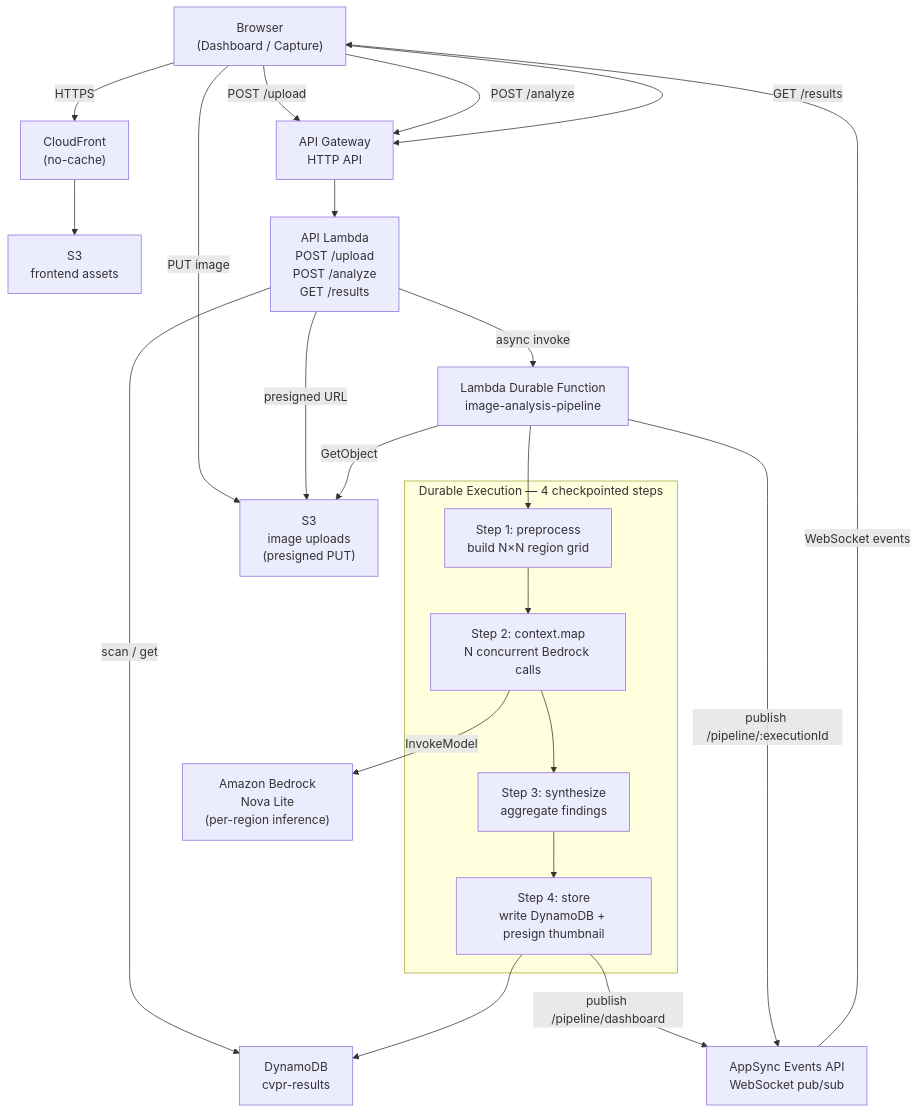
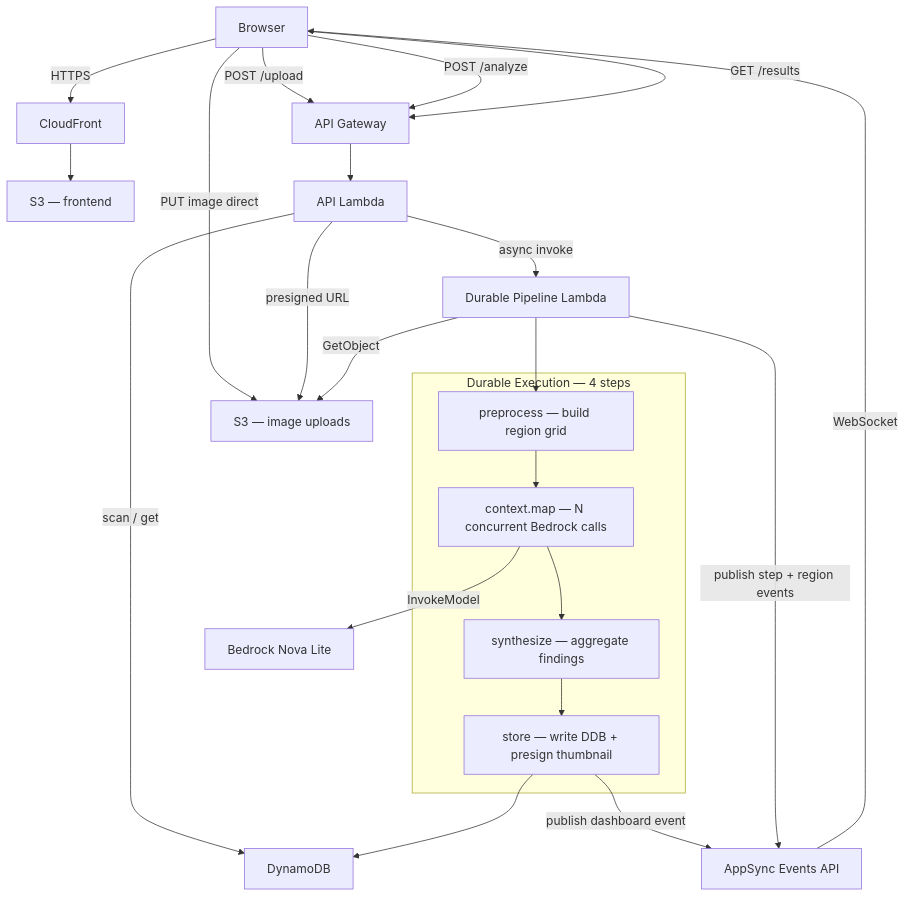
Before and after one commit to singledigit/image-analysis-orchestration: the diagram in README.md, drawn with Mermaid.

Commit message:
Fix Mermaid diagram for GitHub renderer

````diff
--- a/README.md
+++ b/README.md
@@ -15,43 +15,43 @@
 ```mermaid
 graph TD
-    Browser["Browser\n(Dashboard / Capture)"]
-    CF["CloudFront\n(no-cache)"]
-    S3F["S3\nfrontend assets"]
-    APIGW["API Gateway\nHTTP API"]
-    ApiLambda["API Lambda\nPOST /upload\nPOST /analyze\nGET /results"]
-    S3I["S3\nimage uploads\n(presigned PUT)"]
-    Pipeline["Lambda Durable Function\nimage-analysis-pipeline"]
-    Bedrock["Amazon Bedrock\nNova Lite\n(per-region inference)"]
-    DDB["DynamoDB\ncvpr-results"]
-    AppSync["AppSync Events API\nWebSocket pub/sub"]
+    Browser["Browser"]
+    CF["CloudFront"]
+    S3F["S3 — frontend"]
+    APIGW["API Gateway"]
+    ApiLambda["API Lambda"]
+    S3I["S3 — image uploads"]
+    Pipeline["Durable Pipeline Lambda"]
+    Bedrock["Bedrock Nova Lite"]
+    DDB["DynamoDB"]
+    AppSync["AppSync Events API"]
 
     Browser -->|HTTPS| CF
     CF --> S3F
 
     Browser -->|POST /upload| APIGW
-    Browser -->|PUT image| S3I
+    Browser -->|PUT image direct| S3I
     Browser -->|POST /analyze| APIGW
     Browser -->|GET /results| APIGW
     APIGW --> ApiLambda
     ApiLambda -->|presigned URL| S3I
     ApiLambda -->|async invoke| Pipeline
     ApiLambda -->|scan / get| DDB
 
     Pipeline -->|GetObject| S3I
 
-    subgraph "Durable Execution — 4 checkpointed steps"
-        Step1["Step 1: preprocess\nbuild N×N region grid"]
-        Step2["Step 2: context.map\nN concurrent Bedrock calls"]
-        Step3["Step 3: synthesize\naggregate findings"]
-        Step4["Step 4: store\nwrite DynamoDB + presign thumbnail"]
+    subgraph Durable ["Durable Execution — 4 steps"]
+        Step1["preprocess — build region grid"]
+        Step2["context.map — N concurrent Bedrock calls"]
+        Step3["synthesize — aggregate findings"]
+        Step4["store — write DDB + presign thumbnail"]
         Step1 --> Step2 --> Step3 --> Step4
     end
 
     Pipeline --> Step1
     Step2 -->|InvokeModel| Bedrock
     Step4 --> DDB
-    Step4 -->|publish /pipeline/dashboard| AppSync
-    Pipeline -->|publish /pipeline/:executionId| AppSync
+    Step4 -->|publish dashboard event| AppSync
+    Pipeline -->|publish step + region events| AppSync
 
-    AppSync -->|WebSocket events| Browser
+    AppSync -->|WebSocket| Browser
 ```
````
